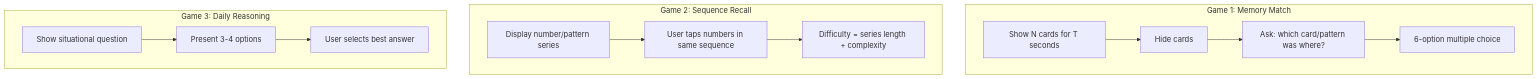
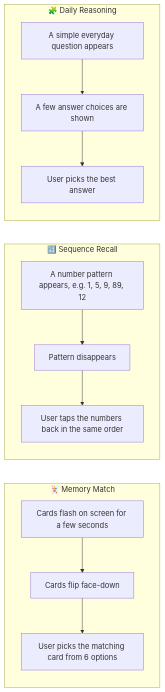
Before and after one commit to SathtikBose/SmritiSetu: the second of 5 diagrams in SmritiSetu-System-Design.md, drawn with Mermaid. The commit also changed other lines of this file, not shown here.

````diff
--- a/SmritiSetu-System-Design.md
+++ b/SmritiSetu-System-Design.md
@@ -212,24 +64,17 @@
 ```mermaid
-graph TD
-    subgraph G1["Game 1: Memory Match"]
-        G1a[Show N cards for T seconds]
-        G1b[Hide cards]
-        G1c[Ask: which card/pattern was where?]
-        G1d[6-option multiple choice]
-        G1a-->G1b-->G1c-->G1d
+flowchart LR
+    subgraph Game1["🃏 Memory Match"]
+        direction TB
+        a1[Cards flash on screen for a few seconds] --> a2[Cards flip face-down] --> a3[User picks the matching card from 6 options]
     end
 
-    subgraph G2["Game 2: Sequence Recall"]
-        G2a[Display number/pattern series]
-        G2b[User taps numbers in same sequence]
-        G2c[Difficulty = series length + complexity]
-        G2a-->G2b-->G2c
+    subgraph Game2["🔢 Sequence Recall"]
+        direction TB
+        b1[A number pattern appears, e.g. 1, 5, 9, 89, 12] --> b2[Pattern disappears] --> b3[User taps the numbers back in the same order]
     end
 
-    subgraph G3["Game 3: Daily Reasoning"]
-        G3a[Show situational question]
-        G3b[Present 3-4 options]
-        G3c[User selects best answer]
-        G3a-->G3b-->G3c
+    subgraph Game3["🧩 Daily Reasoning"]
+        direction TB
+        c1[A simple everyday question appears] --> c2[A few answer choices are shown] --> c3[User picks the best answer]
     end
 ```
````
